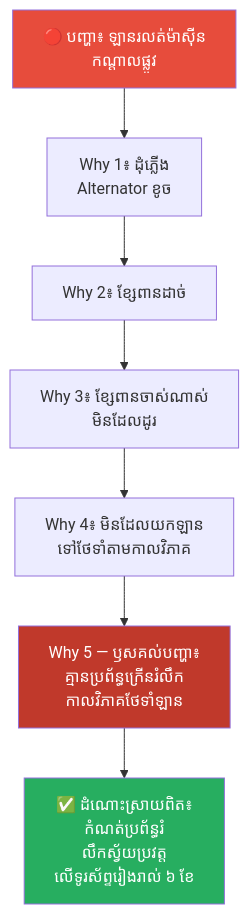
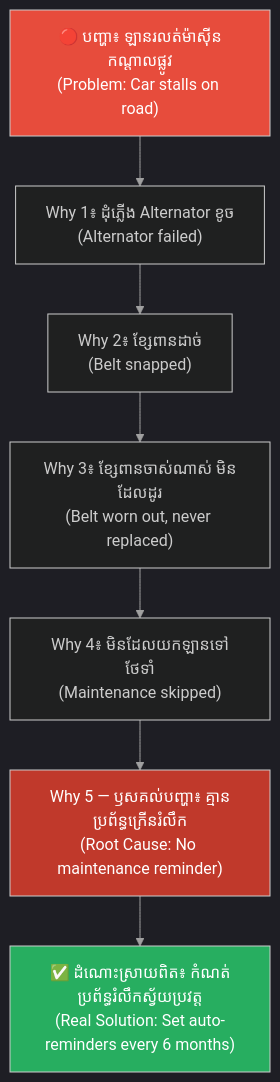
The second of 8 diagrams in feeds/concepts/articles/02-five-whys-technique.md (GuideStack/iblogger-feeds), drawn with Mermaid before and after one commit. The commit also changed other lines of this file, not shown here.

````diff
--- a/feeds/concepts/articles/02-five-whys-technique.md
+++ b/feeds/concepts/articles/02-five-whys-technique.md
@@ -122,13 +168,22 @@
 ```mermaid
+%%{init: {
+  'theme': 'dark',
+  'themeVariables': {
+    'background': '#1e1e1e',
+    'primaryTextColor': '#ffffff',
+    'lineColor': '#a0a0a0'
+  },
+  'themeCSS': 'svg { background-color: #1e1e1e !important; padding: 1rem !important; border-radius: 8px !important; } .edgeLabel rect { fill: #1e1e1e !important; } text, tspan { fill: #ffffff !important; }'
+}}%%
 graph TD
-    A["🔴 បញ្ហា៖ ឡានរលត់ម៉ាស៊ីន<br/>កណ្តាលផ្លូវ"] --> B["Why 1៖ ដុំភ្លើង<br/>Alternator ខូច"]
-    B --> C["Why 2៖ ខ្សែពានដាច់"]
-    C --> D["Why 3៖ ខ្សែពានចាស់ណាស់<br/>មិនដែលដូរ"]
-    D --> E["Why 4៖ មិនដែលយកឡាន<br/>ទៅថែទាំតាមកាលវិភាគ"]
-    E --> F["Why 5 — ឫសគល់បញ្ហា៖<br/>គ្មានប្រព័ន្ធក្រើនរំលឹក<br/>កាលវិភាគថែទាំឡាន"]
-    F --> G["✅ ដំណោះស្រាយពិត៖<br/>កំណត់ប្រព័ន្ធរំ<br/>លឹកស្វ័យប្រវត្ត<br/>លើទូរស័ព្ទរៀងរាល់ ៦ ខែ"]
+    A["🔴 បញ្ហា៖ ឡានរលត់ម៉ាស៊ីនកណ្តាលផ្លូវ<br/>(Problem: Car stalls on road)"] --> B["Why 1៖ ដុំភ្លើង Alternator ខូច<br/>(Alternator failed)"]
+    B --> C["Why 2៖ ខ្សែពានដាច់<br/>(Belt snapped)"]
+    C --> D["Why 3៖ ខ្សែពានចាស់ណាស់ មិនដែលដូរ<br/>(Belt worn out, never replaced)"]
+    D --> E["Why 4៖ មិនដែលយកឡានទៅថែទាំ<br/>(Maintenance skipped)"]
+    E --> F["Why 5 — ឫសគល់បញ្ហា៖ គ្មានប្រព័ន្ធក្រើនរំលឹក<br/>(Root Cause: No maintenance reminder)"]
+    F --> G["✅ ដំណោះស្រាយពិត៖ កំណត់ប្រព័ន្ធរំលឹកស្វ័យប្រវត្ត<br/>(Real Solution: Set auto-reminders every 6 months)"]
 
     style A fill:#e74c3c,color:#fff
     style F fill:#c0392b,color:#fff
     style G fill:#27ae60,color:#fff
 ```
````
